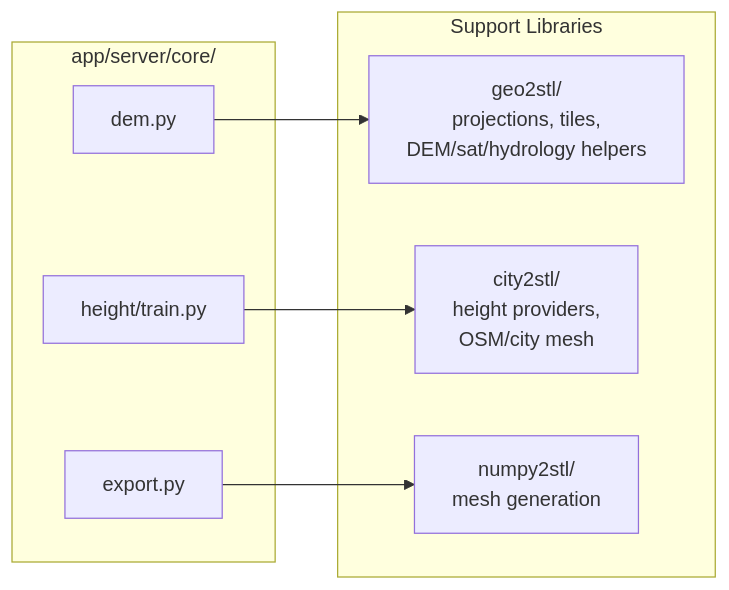
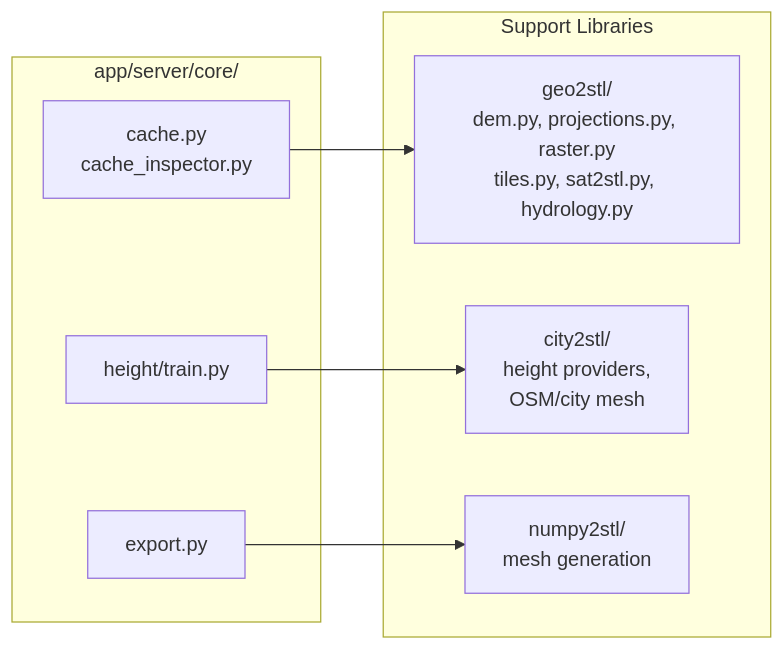
The diagram in docs/reference/libraries.md (EdgarCardenasDeLaHoz/map2stl), drawn with Mermaid before and after one commit. The commit also changed other lines of this file and 8 other files, not shown here.

````diff
--- a/docs/reference/libraries.md
+++ b/docs/reference/libraries.md
@@ -13,18 +15,18 @@
 ```mermaid
 flowchart LR
     subgraph Server ["app/server/core/"]
-        DEM["dem.py"]
+        CACHE["cache.py<br/>cache_inspector.py"]
         EXP["export.py"]
         HEIGHT["height/train.py"]
     end
 
     subgraph Libs ["Support Libraries"]
-        GEO["geo2stl/<br/>projections, tiles,<br/>DEM/sat/hydrology helpers"]
+        GEO["geo2stl/<br/>dem.py, projections.py, raster.py<br/>tiles.py, sat2stl.py, hydrology.py"]
         CITY["city2stl/<br/>height providers,<br/>OSM/city mesh"]
         NUMPY["numpy2stl/<br/>mesh generation"]
     end
 
-    DEM --> GEO
+    CACHE --> GEO
     HEIGHT --> CITY
     EXP --> NUMPY
 ```
````
